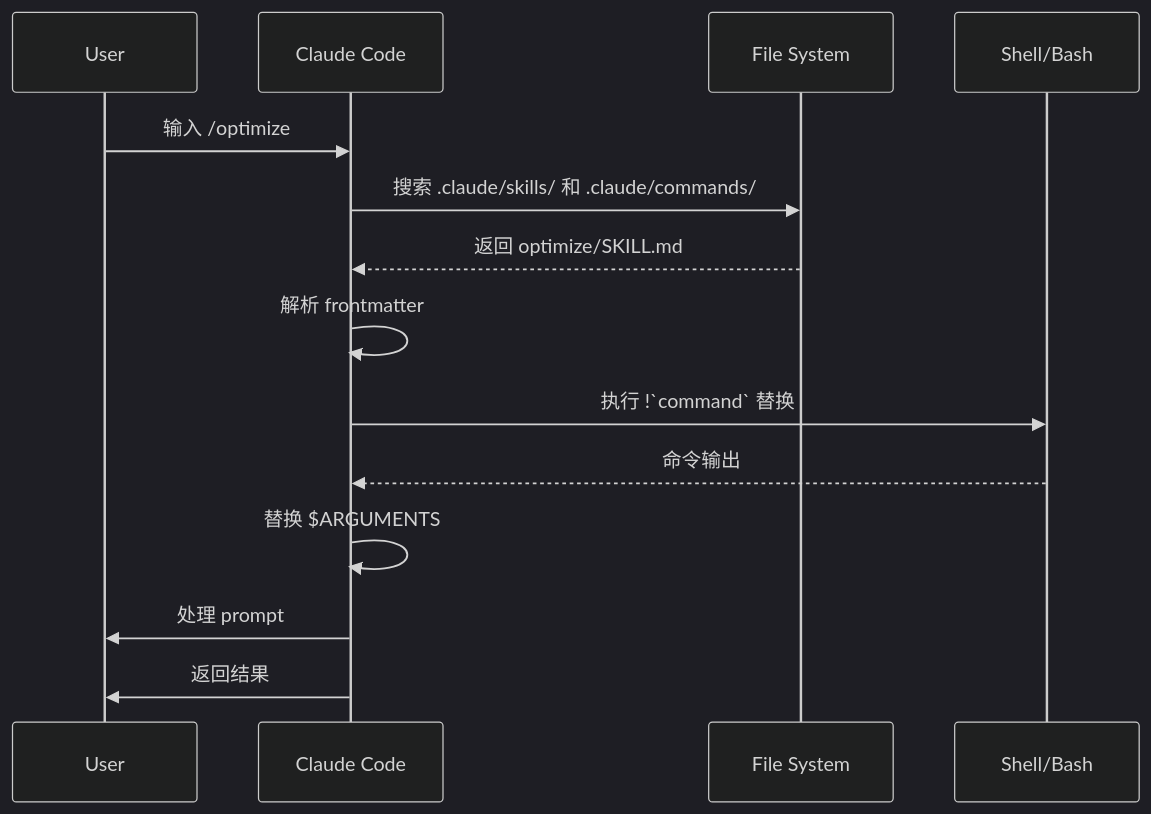
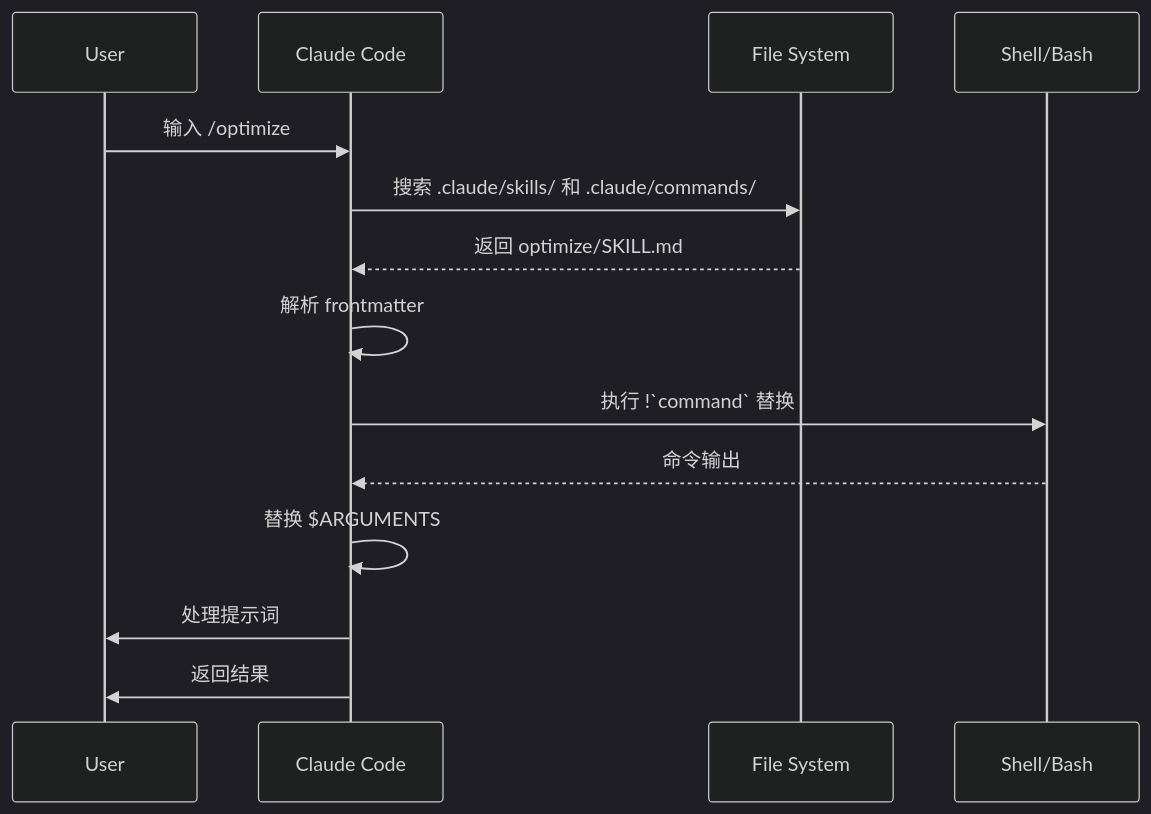
Before and after one commit to tanqingkuang/claude-howto: the second of 2 diagrams in 01-slash-commands/README-CN.md, drawn with Mermaid (dark theme). The commit also changed other lines of this file and 84 other files, not shown here.

````diff
--- a/01-slash-commands/README-CN.md
+++ b/01-slash-commands/README-CN.md
@@ -313,17 +314,17 @@
 ```mermaid
 sequenceDiagram
     participant User
     participant Claude as Claude Code
     participant FS as File System
     participant CLI as Shell/Bash
 
     User->>Claude: 输入 /optimize
     Claude->>FS: 搜索 .claude/skills/ 和 .claude/commands/
     FS-->>Claude: 返回 optimize/SKILL.md
     Claude->>Claude: 解析 frontmatter
     Claude->>CLI: 执行 !`command` 替换
     CLI-->>Claude: 命令输出
     Claude->>Claude: 替换 $ARGUMENTS
-    Claude->>User: 处理 prompt
+    Claude->>User: 处理提示词
     Claude->>User: 返回结果
 ```
````
